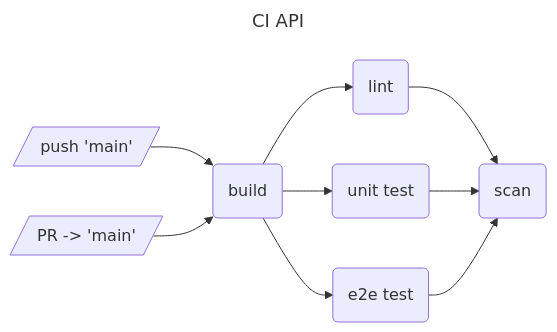
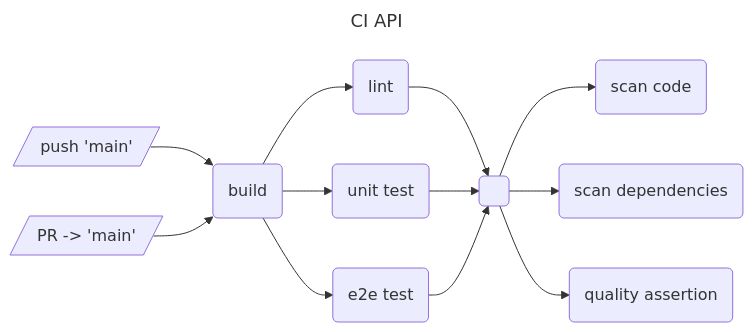
The second of 5 diagrams in DOCUMENTATION.md (ruegerj/devops), drawn with Mermaid before and after one commit. The commit also changed other lines of this file and 33 other files, not shown here.

First line of the commit message:
setup sonarqube code quality analysis (#6)

````diff
--- a/DOCUMENTATION.md
+++ b/DOCUMENTATION.md
@@ -300,22 +337,28 @@
 ```mermaid
 ---
 title: CI API
 ---
 flowchart LR
     trigger_push[/push 'main'/]
     trigger_pr[/PR -> 'main'/]
     build(build)
     lint(lint)
     test_unit(unit test)
     test_e2e(e2e test)
-    scan(scan)
+    scan_code(scan code)
+    scan_deps(scan dependencies)
+    qa(quality assertion)
+    m( ):::empty
 
     trigger_push --> build
     trigger_pr --> build
     build --> lint
     build --> test_unit
     build --> test_e2e
-    lint --> scan
-    test_unit --> scan
-    test_e2e --> scan
+    lint --> m
+    test_unit --> m
+    test_e2e --> m
+    m --> scan_code
+    m --> scan_deps
+    m --> qa
 ```
````
